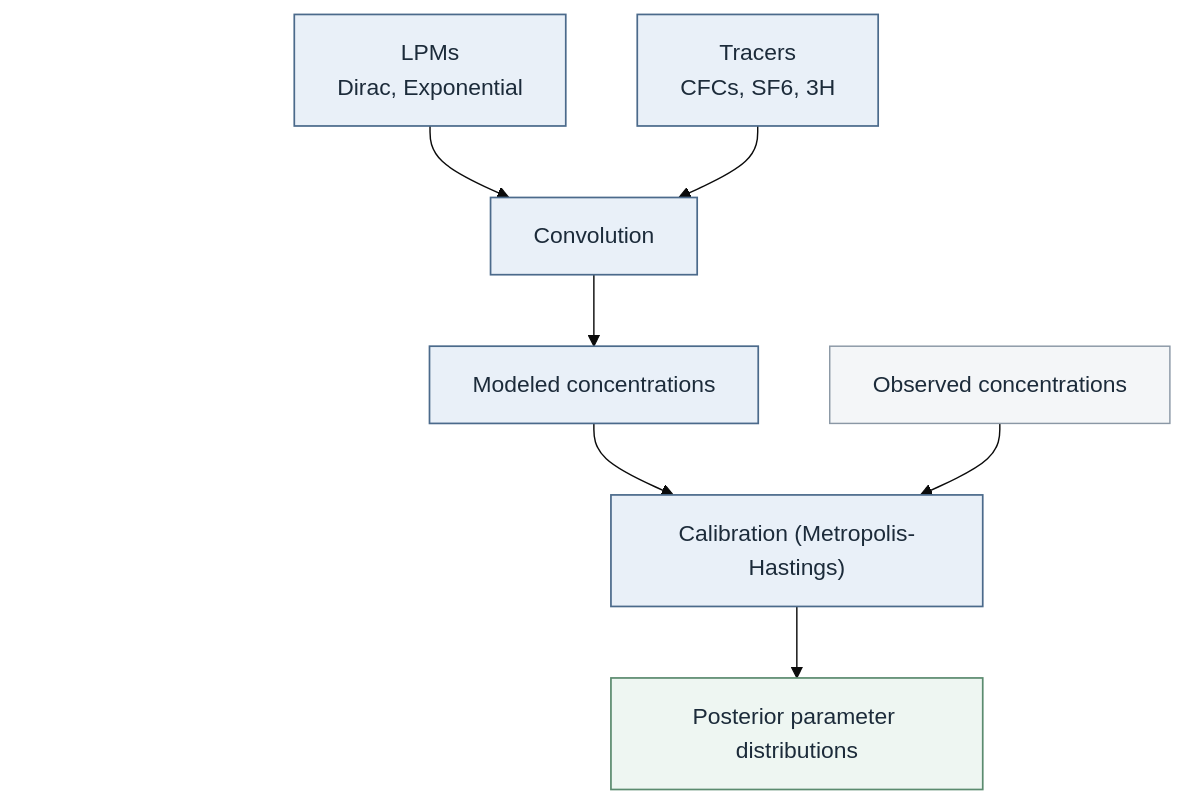
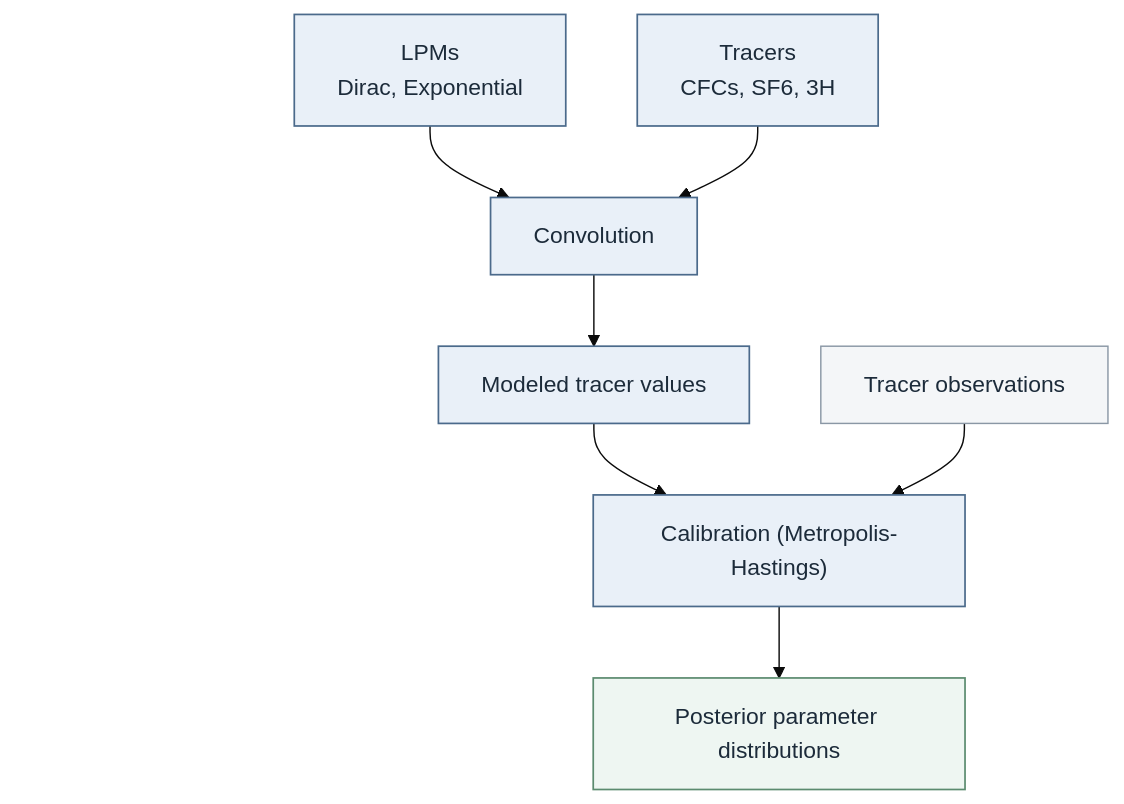
One commit to dreuzy/PyAges changed the diagram in docs/figures/figure1_overview.md. Above: the diagram before and after it, drawn with Mermaid. The commit also changed other lines of this file and 198 other files, not shown here.

````diff
--- a/docs/figures/figure1_overview.md
+++ b/docs/figures/figure1_overview.md
@@ -3,41 +7,41 @@
 ```{mermaid}
 flowchart TB
   %% Increase font size for publication
   %% Mermaid theme variables are supported by mermaid-cli
   %% (12 is default-ish; we push to 16 for readability)
   %%{init: {"theme": "base", "themeVariables": {"fontSize": "16px"}}}%%
   %% Node styles
   classDef main fill:#e9f0f8,stroke:#4b6a8b,stroke-width:1.2,color:#1c2b3a;
   classDef side fill:#f4f6f8,stroke:#8a97a5,stroke-width:1,color:#1c2b3a;
   classDef output fill:#eef6f2,stroke:#5b8b6f,stroke-width:1.2,color:#1c2b3a;
 
   %% Core classes
   TOP(( )):::spacer
   TOP2(( )):::spacer
   GAP(( )):::spacer
   LPM["LPMs<br/>Dirac, Exponential"]:::main
   TRACER["Tracers<br/>CFCs, SF6, 3H"]:::main
   CONV["Convolution"]:::main
-  MODEL["Modeled concentrations"]:::main
+  MODEL["Modeled tracer values"]:::main
   CAL["Calibration (Metropolis-Hastings)"]:::main
 
   %% External data / outputs
-  OBS["Observed concentrations"]:::side
+  OBS["Tracer observations"]:::side
   OUT1["Posterior parameter distributions"]:::output
   %% (removed) Model diagnostics box
 
   %% Flow
   LPM --> CONV
   TRACER --> CONV
   CONV --> MODEL
   MODEL --> CAL
   OBS --> CAL
   CAL --> OUT1
 
   %% Hide example node boxes (label-only)
   classDef spacer fill:none,stroke:none,color:transparent;
   style TOP fill:none,stroke:none
   style TOP2 fill:none,stroke:none
   style GAP fill:none,stroke:none,color:transparent
   %% (no global linkStyle overrides)
 ```
````
